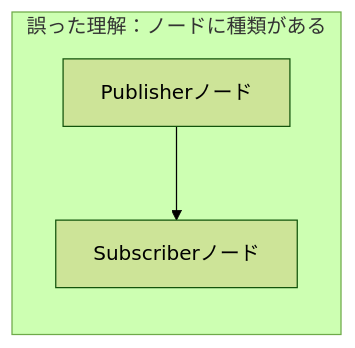
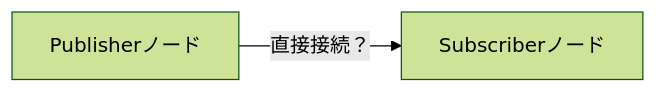
Before and after one commit to Harlequinade1123/ros1-tutorials: the first of 4 diagrams in docs/04_publisher_subscriber.md, drawn with Mermaid (forest theme). The commit also changed other lines of this file, not shown here.

Commit message:
docs: redesign Publisher/Subscriber concept diagrams and clarify explanations in ch.4

````diff
--- a/docs/04_publisher_subscriber.md
+++ b/docs/04_publisher_subscriber.md
@@ -28,6 +30,4 @@
 ```mermaid
 graph LR
-    subgraph "誤った理解：ノードに種類がある"
-        Pw["Publisherノード"] --> Sw["Subscriberノード"]
-    end
+    Pw["Publisherノード"] -->|"直接接続？"| Sw["Subscriberノード"]
 ```
````
